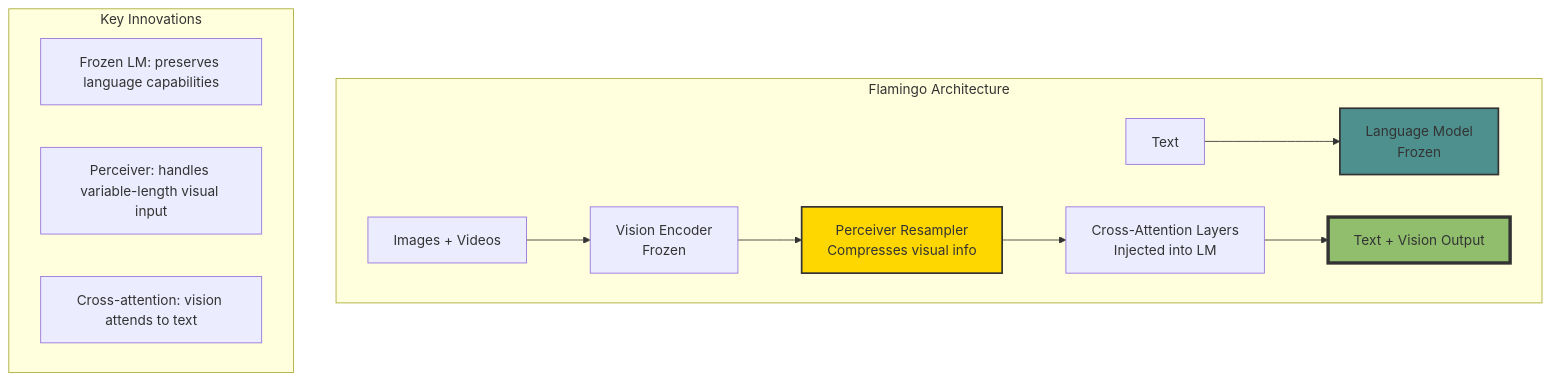
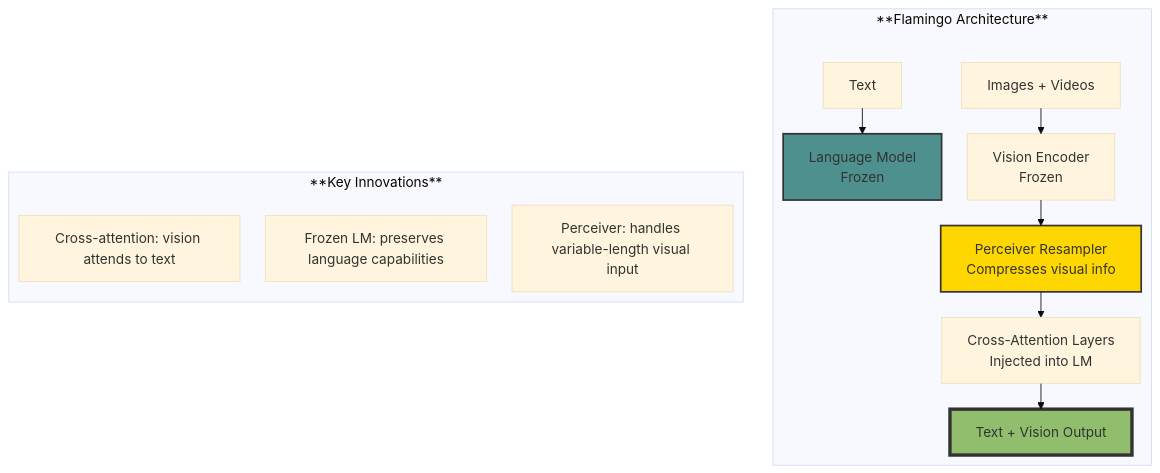
Before and after one commit to Vineet-Sharma-Medium-Stories/Medium-Build-Tool: the third of 4 diagrams in The 2026 AI Metromap/The 2026 AI Metromap: Multimodal Models – The Interchange Stations.md, drawn with Mermaid. The commit also changed other lines of this file and 37 other files, not shown here.

````diff
--- a/The 2026 AI Metromap/The 2026 AI Metromap: Multimodal Models – The Interchange Stations.md
+++ b/The 2026 AI Metromap/The 2026 AI Metromap: Multimodal Models – The Interchange Stations.md
@@ -305,21 +317,26 @@
 ```mermaid
+---
+config:
+  theme: base
+  layout: elk
+---
 graph TD
-    subgraph "Flamingo Architecture"
+    subgraph "**Flamingo Architecture**"
         I[Images + Videos] --> V[Vision Encoder<br/>Frozen]
         V --> P[Perceiver Resampler<br/>Compresses visual info]
         
         T[Text] --> L[Language Model<br/>Frozen]
         P --> A[Cross-Attention Layers<br/>Injected into LM]
         A --> O[Text + Vision Output]
     end
     
-    subgraph "Key Innovations"
+    subgraph "**Key Innovations**"
         K1[Frozen LM: preserves language capabilities]
         K2[Perceiver: handles variable-length visual input]
         K3[Cross-attention: vision attends to text]
     end
     
     style L fill:#4d908e,stroke:#333,stroke-width:2px
     style P fill:#ffd700,stroke:#333,stroke-width:2px
     style O fill:#90be6d,stroke:#333,stroke-width:4px
 ```
````
